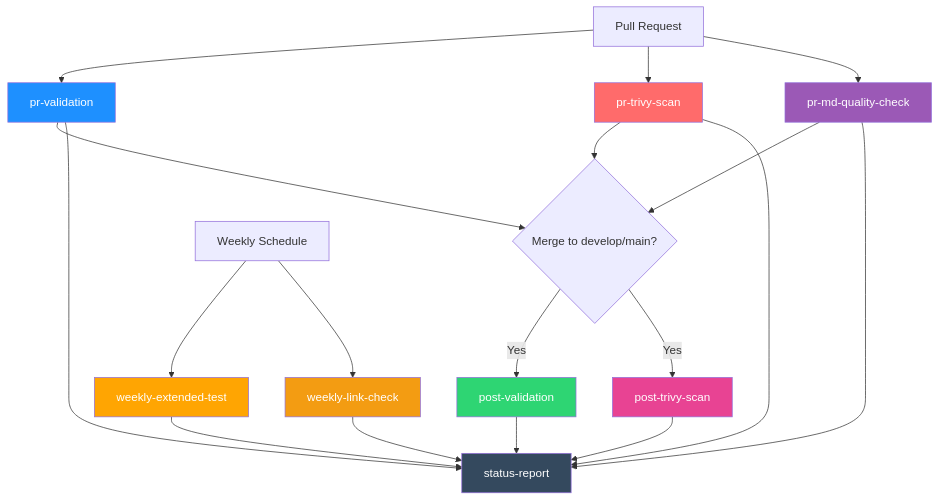
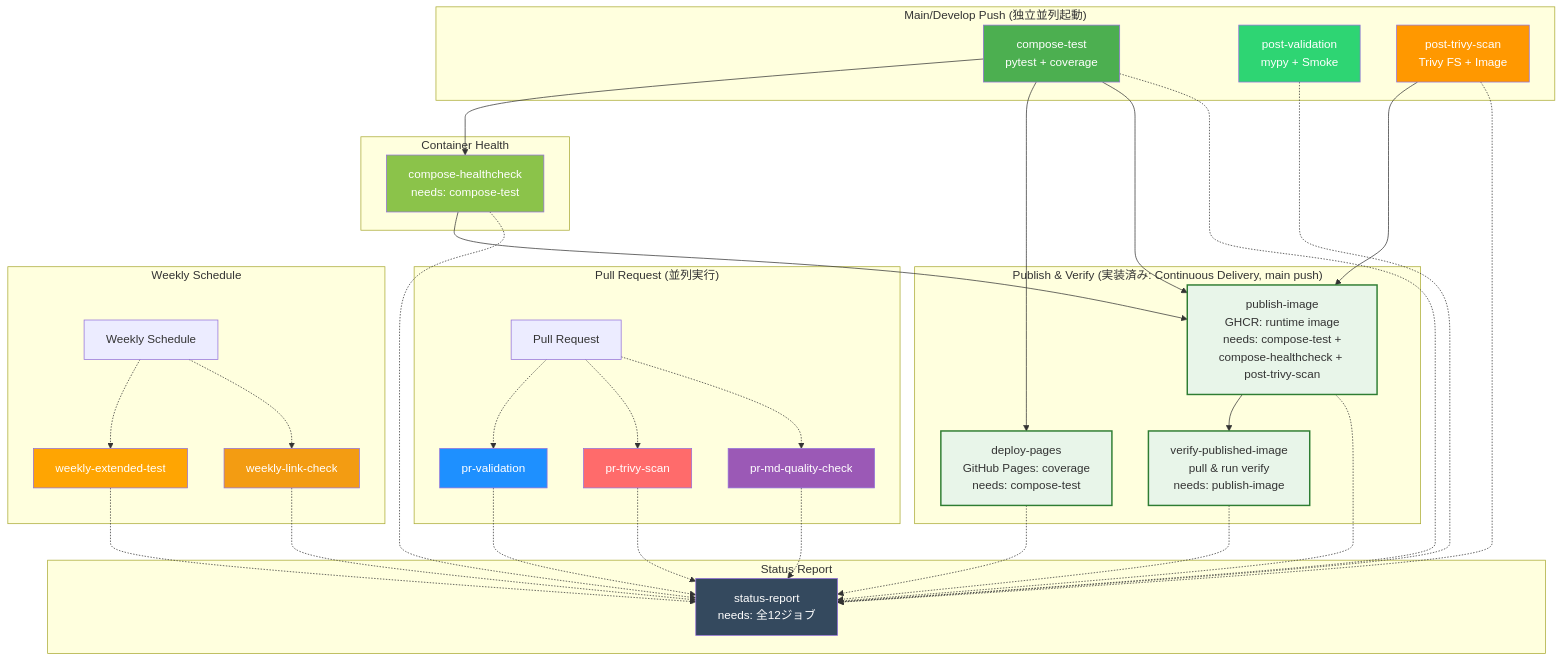
Before and after one commit to yaoki-dev/api-test-devops-portfolio: the diagram in docs/reference/ci_cd_pipeline.md, drawn with Mermaid. The commit also changed other lines of this file and 12 other files, not shown here.

First line of the commit message:
docs: CI/CDパイプラインMermaid図を正確なDAGに更新 (#439)

````diff
--- a/docs/reference/ci_cd_pipeline.md
+++ b/docs/reference/ci_cd_pipeline.md
@@ -9,29 +9,67 @@
 ```mermaid
 graph TB
-    PR[Pull Request] --> PV[pr-validation]
-    PR --> PS[pr-trivy-scan]
-    PR --> PMQ[pr-md-quality-check]
-    PV --> Merge{Merge to develop/main?}
-    PS --> Merge
-    PMQ --> Merge
-    Merge -->|Yes| PoV[post-validation]
-    Merge -->|Yes| PoS[post-trivy-scan]
-    Weekly[Weekly Schedule] --> WC[weekly-extended-test]
-    Weekly --> WL[weekly-link-check]
-    PV --> SR[status-report]
-    PS --> SR
-    PMQ --> SR
-    PoV --> SR
-    PoS --> SR
-    WC --> SR
-    WL --> SR
+    subgraph "Pull Request (並列実行)"
+        PR[Pull Request] -.-> PV[pr-validation]
+        PR -.-> PS[pr-trivy-scan]
+        PR -.-> PMQ[pr-md-quality-check]
+    end
+
+    subgraph "Main/Develop Push (独立並列起動)"
+        CTEST[compose-test<br/>pytest + coverage]
+        PVAL[post-validation<br/>mypy + Smoke]
+        PTRIVY[post-trivy-scan<br/>Trivy FS + Image]
+    end
+
+    subgraph "Container Health"
+        CHEALTH[compose-healthcheck<br/>needs: compose-test]
+    end
+
+    subgraph "Publish & Verify (実装済み: Continuous Delivery, main push)"
+        DP[deploy-pages<br/>GitHub Pages: coverage<br/>needs: compose-test]
+        PI[publish-image<br/>GHCR: runtime image<br/>needs: compose-test +<br/>compose-healthcheck + post-trivy-scan]
+        VI[verify-published-image<br/>pull & run verify<br/>needs: publish-image]
+    end
+
+    subgraph "Weekly Schedule"
+        WS[Weekly Schedule] -.-> WC[weekly-extended-test]
+        WS -.-> WL[weekly-link-check]
+    end
+
+    subgraph "Status Report"
+        SR[status-report<br/>needs: 全12ジョブ]
+    end
+
+    CTEST --> CHEALTH
+    CTEST --> DP
+    CTEST --> PI
+    CHEALTH --> PI
+    PTRIVY --> PI
+    PI --> VI
+
+    PV -.-> SR
+    PS -.-> SR
+    PMQ -.-> SR
+    PVAL -.-> SR
+    PTRIVY -.-> SR
+    WC -.-> SR
+    WL -.-> SR
+    CTEST -.-> SR
+    CHEALTH -.-> SR
+    DP -.-> SR
+    PI -.-> SR
+    VI -.-> SR
 
     style PV fill:#1e90ff,color:#fff
     style PS fill:#ff6b6b,color:#fff
     style PMQ fill:#9b59b6,color:#fff
-    style PoV fill:#2ed573,color:#fff
-    style PoS fill:#e84393,color:#fff
+    style CTEST fill:#4caf50,color:#fff
+    style CHEALTH fill:#8bc34a,color:#fff
+    style PVAL fill:#2ed573,color:#fff
+    style PTRIVY fill:#ff9800,color:#fff
+    style DP fill:#e8f5e9,stroke:#2e7d32,stroke-width:2px
+    style PI fill:#e8f5e9,stroke:#2e7d32,stroke-width:2px
+    style VI fill:#e8f5e9,stroke:#2e7d32,stroke-width:2px
     style WC fill:#ffa502,color:#fff
     style WL fill:#f39c12,color:#fff
     style SR fill:#34495e,color:#fff
 ```
````
